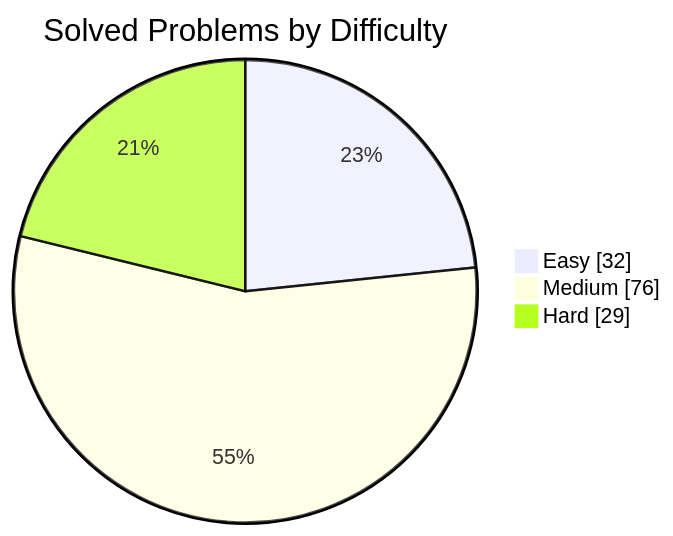
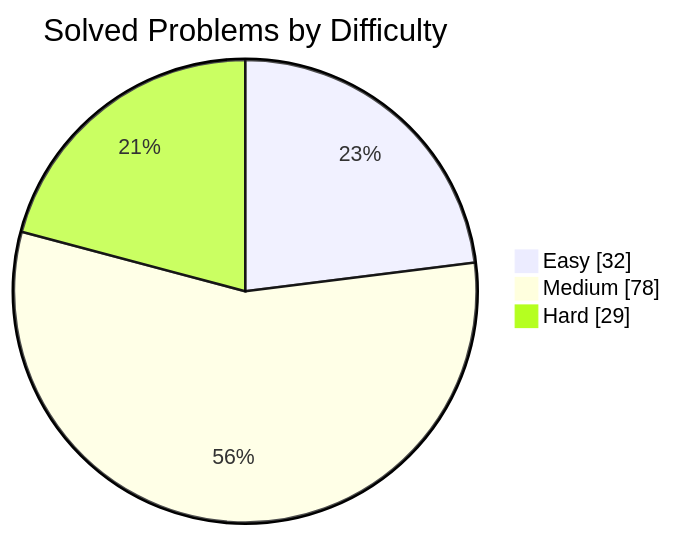
The first of 2 diagrams in README.md (manikantbindass/DSA-Preparation-FAANG), drawn with Mermaid before and after one commit. The commit also changed other lines of this file, not shown here.

````diff
--- a/README.md
+++ b/README.md
@@ -38,7 +38,7 @@
 ```mermaid
 pie showData
     title Solved Problems by Difficulty
     "Easy" : 32
-    "Medium" : 76
+    "Medium" : 78
     "Hard" : 29
 ```
````
